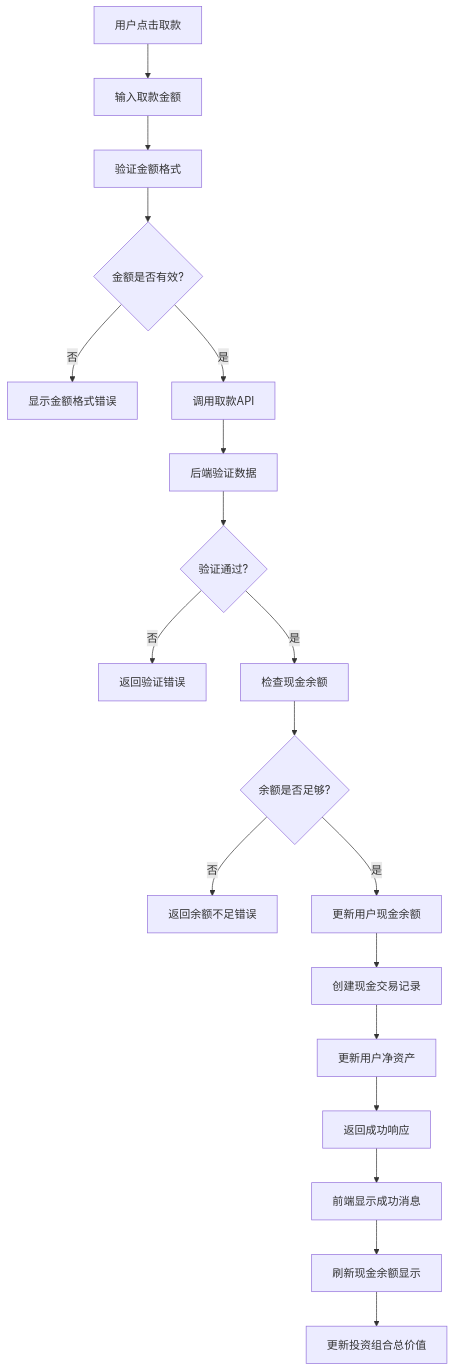
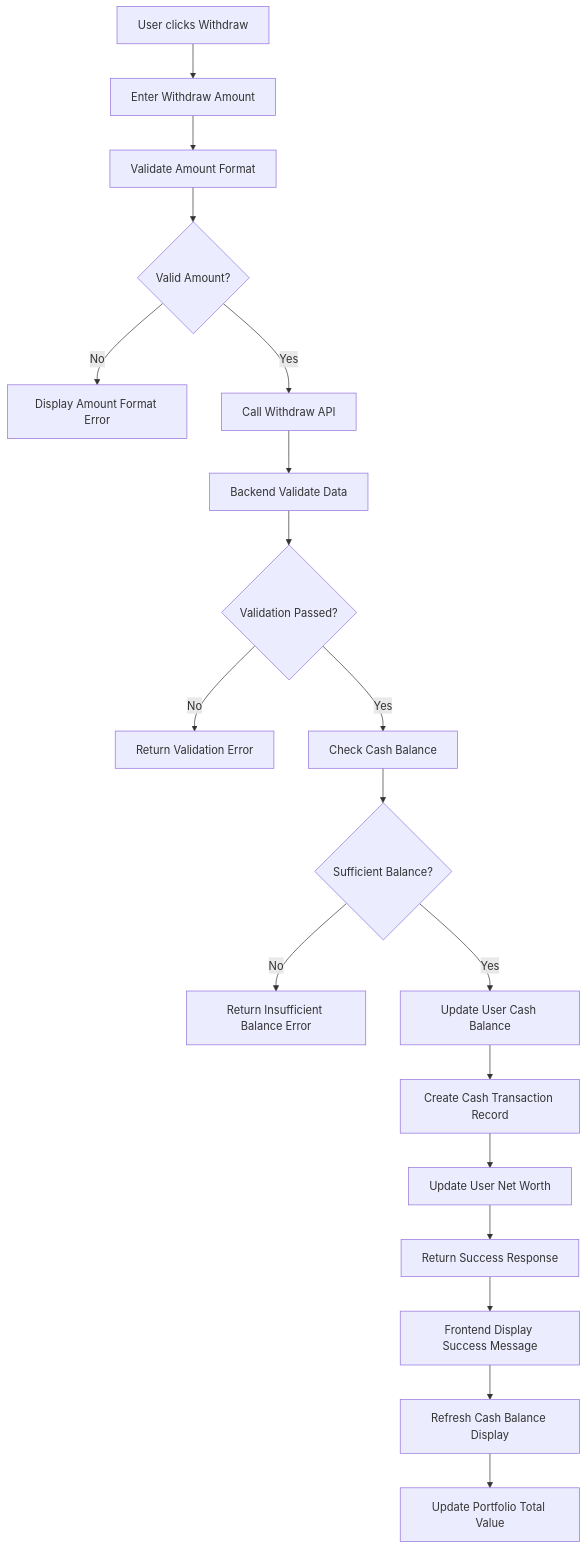
One commit to CDKStudy/Portfolio_Manager changed the sixth of 20 diagrams in FLOWCHARTS.md. Above: the diagram before and after it, drawn with Mermaid. The commit also changed other lines of this file, not shown here.

Commit message:
update flowchart

````diff
--- a/FLOWCHARTS.md
+++ b/FLOWCHARTS.md
@@ -160,21 +160,21 @@
 ```mermaid
 flowchart TD
-    A[用户点击取款] --> B[输入取款金额]
-    B --> C[验证金额格式]
-    C --> D{金额是否有效?}
-    D -->|否| E[显示金额格式错误]
-    D -->|是| F[调用取款API]
-    F --> G[后端验证数据]
-    G --> H{验证通过?}
-    H -->|否| I[返回验证错误]
-    H -->|是| J[检查现金余额]
-    J --> K{余额是否足够?}
-    K -->|否| L[返回余额不足错误]
-    K -->|是| M[更新用户现金余额]
-    M --> N[创建现金交易记录]
-    N --> O[更新用户净资产]
-    O --> P[返回成功响应]
-    P --> Q[前端显示成功消息]
-    Q --> R[刷新现金余额显示]
-    R --> S[更新投资组合总价值]
+    A[User clicks Withdraw] --> B[Enter Withdraw Amount]
+    B --> C[Validate Amount Format]
+    C --> D{Valid Amount?}
+    D -->|No| E[Display Amount Format Error]
+    D -->|Yes| F[Call Withdraw API]
+    F --> G[Backend Validate Data]
+    G --> H{Validation Passed?}
+    H -->|No| I[Return Validation Error]
+    H -->|Yes| J[Check Cash Balance]
+    J --> K{Sufficient Balance?}
+    K -->|No| L[Return Insufficient Balance Error]
+    K -->|Yes| M[Update User Cash Balance]
+    M --> N[Create Cash Transaction Record]
+    N --> O[Update User Net Worth]
+    O --> P[Return Success Response]
+    P --> Q[Frontend Display Success Message]
+    Q --> R[Refresh Cash Balance Display]
+    R --> S[Update Portfolio Total Value]
 ```
````
